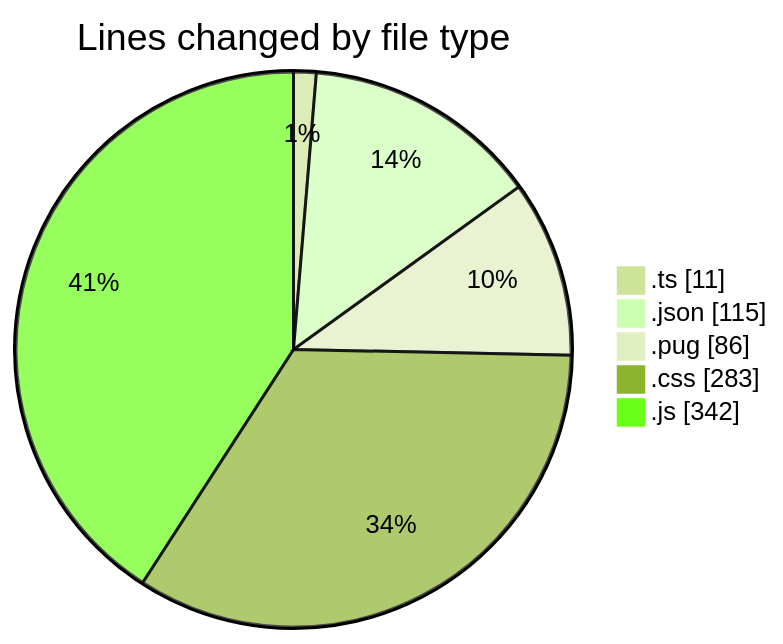
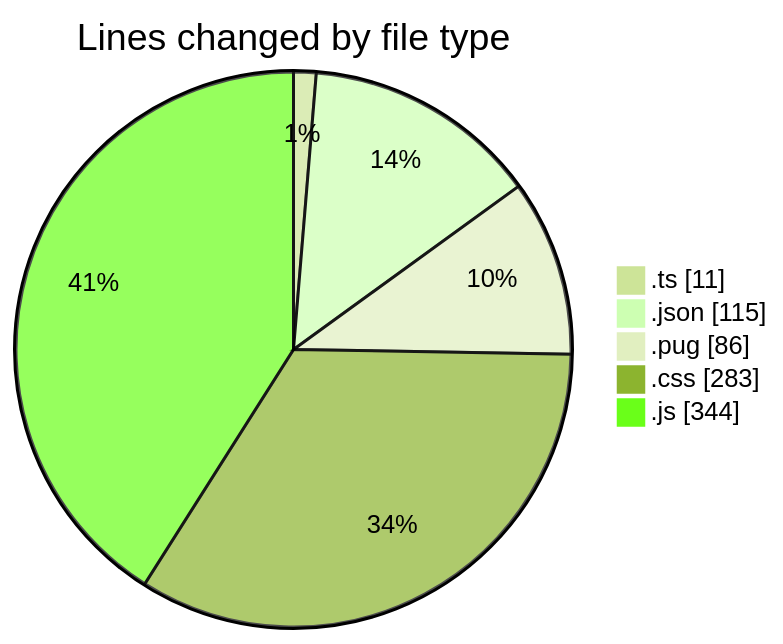
Before and after one commit to momahboobian/code-tracking: the first of 2 diagrams in 2025-02-24/cda/README.md, drawn with Mermaid (forest theme). The commit also changed other lines of this file and 1 other file, not shown here.

````diff
--- a/2025-02-24/cda/README.md
+++ b/2025-02-24/cda/README.md
@@ -31,9 +31,9 @@
 ```mermaid
 pie showData
 title Lines changed by file type
 ".ts" : 11
 ".json" : 115
 ".pug" : 86
 ".css" : 283
-".js" : 342
+".js" : 344
 ```
````
